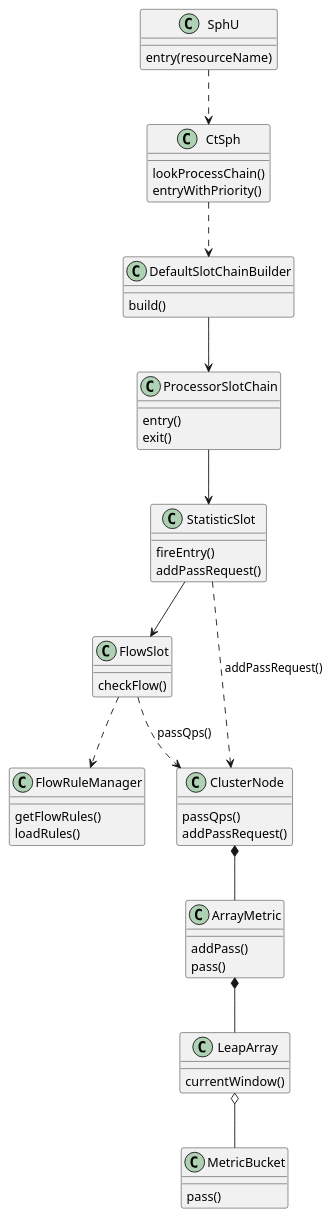
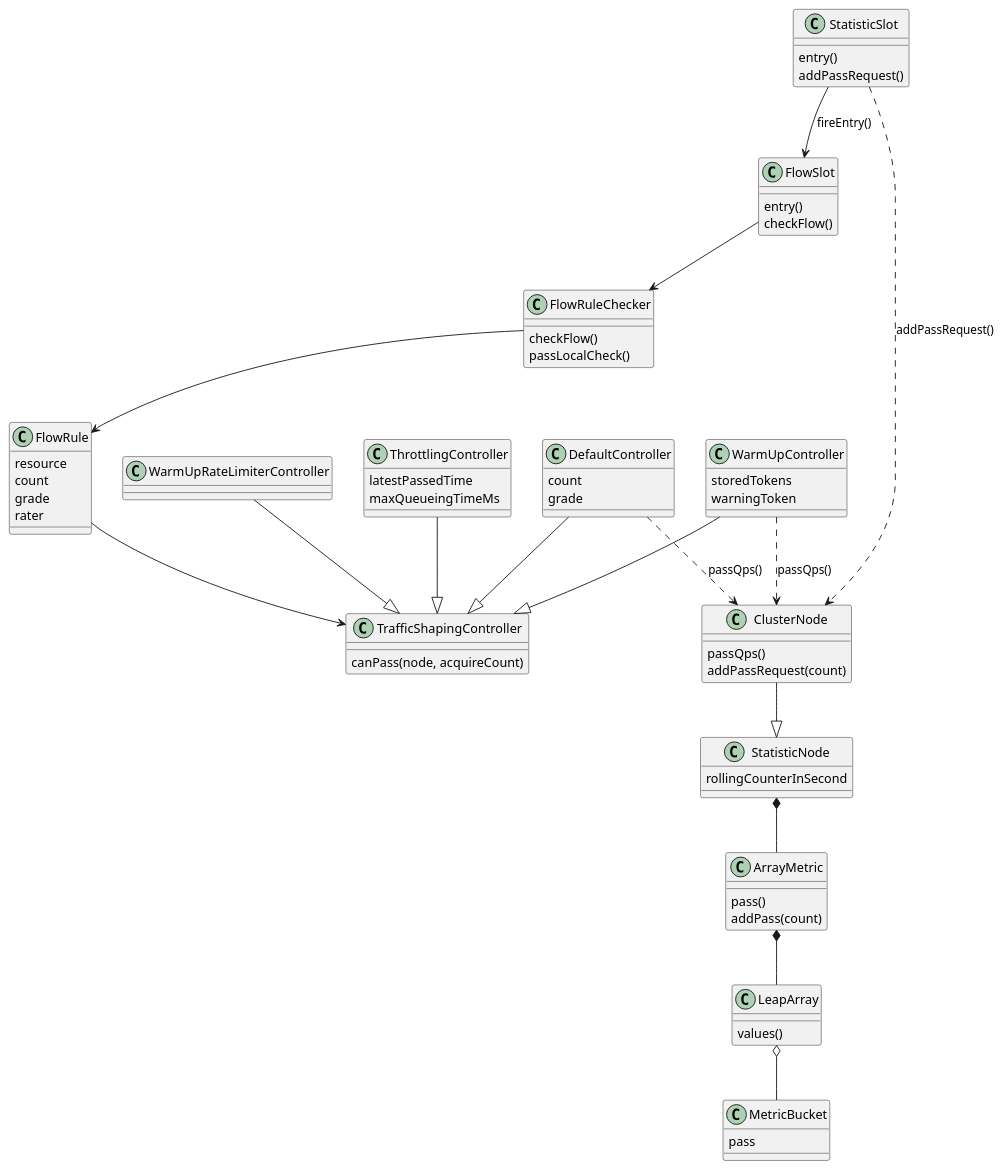
One commit to kevinwang930/kevinwang930.github.io changed the first of 3 diagrams in content/post/java/spring-cloud/sentinel/index.md. Above: the diagram before and after it, drawn with PlantUML. The commit also changed other lines of this file and 1 other file, not shown here.

````diff
--- a/content/post/java/spring-cloud/sentinel/index.md
+++ b/content/post/java/spring-cloud/sentinel/index.md
@@ -55,67 +98,85 @@
 ```plantuml
 @startuml
-
-class SphU {
-  entry(resourceName)
+class FlowSlot {
+  entry()
+  checkFlow()
 }
 
-class CtSph {
-  lookProcessChain()
-  entryWithPriority()
+class FlowRuleChecker {
+  checkFlow()
+  passLocalCheck()
 }
 
-class DefaultSlotChainBuilder {
-  build()
+class FlowRule {
+  resource
+  count
+  grade
+  rater
 }
 
-class ProcessorSlotChain {
-  entry()
-  exit()
+class TrafficShapingController {
+  canPass(node, acquireCount)
+}
+
+class DefaultController {
+  count
+  grade
+}
+
+class WarmUpController {
+  storedTokens
+  warningToken
+}
+
+class ThrottlingController {
+  latestPassedTime
+  maxQueueingTimeMs
+}
+
+class WarmUpRateLimiterController {
 }
 
 class StatisticSlot {
-  fireEntry()
+  entry()
   addPassRequest()
-}
-
-class FlowSlot {
-  checkFlow()
-}
-
-class FlowRuleManager {
-  getFlowRules()
-  loadRules()
 }
 
 class ClusterNode {
   passQps()
-  addPassRequest()
+  addPassRequest(count)
+}
+
+class StatisticNode {
+  rollingCounterInSecond
 }
 
 class ArrayMetric {
-  addPass()
   pass()
+  addPass(count)
 }
 
 class LeapArray {
-  currentWindow()
+  values()
 }
 
 class MetricBucket {
-  pass()
+  pass
 }
 
-SphU ..> CtSph
-CtSph ..> DefaultSlotChainBuilder
-DefaultSlotChainBuilder --> ProcessorSlotChain
-ProcessorSlotChain --> StatisticSlot
-StatisticSlot --> FlowSlot
-FlowSlot ..> FlowRuleManager
-FlowSlot ..> ClusterNode : passQps()
+FlowSlot --> FlowRuleChecker
+FlowRuleChecker --> FlowRule
+FlowRule --> TrafficShapingController
+DefaultController --|> TrafficShapingController
+WarmUpController --|> TrafficShapingController
+ThrottlingController --|> TrafficShapingController
+WarmUpRateLimiterController --|> TrafficShapingController
+StatisticSlot --> FlowSlot : fireEntry()
+DefaultController ..> ClusterNode : passQps()
+WarmUpController ..> ClusterNode : passQps()
 StatisticSlot ..> ClusterNode : addPassRequest()
-ClusterNode *-- ArrayMetric
+ClusterNode --|> StatisticNode
+StatisticNode *-- ArrayMetric
 ArrayMetric *-- LeapArray
 LeapArray o-- MetricBucket
-
 @enduml
 ```
````
